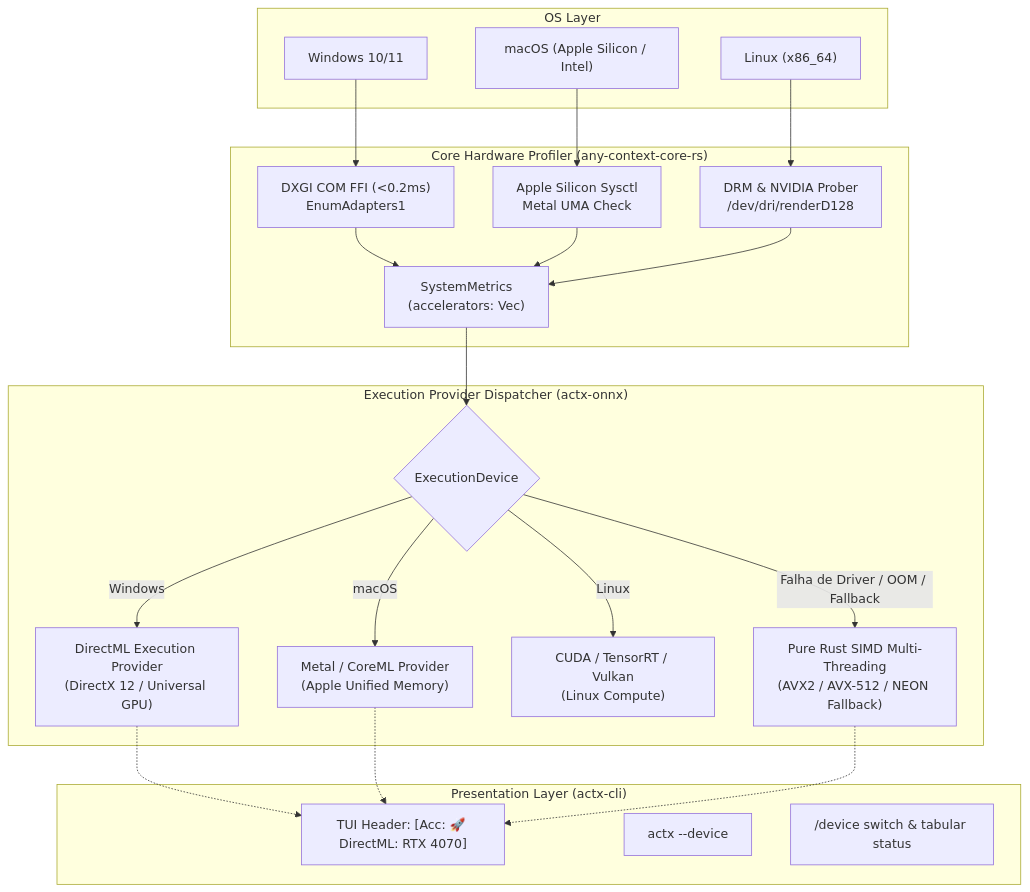
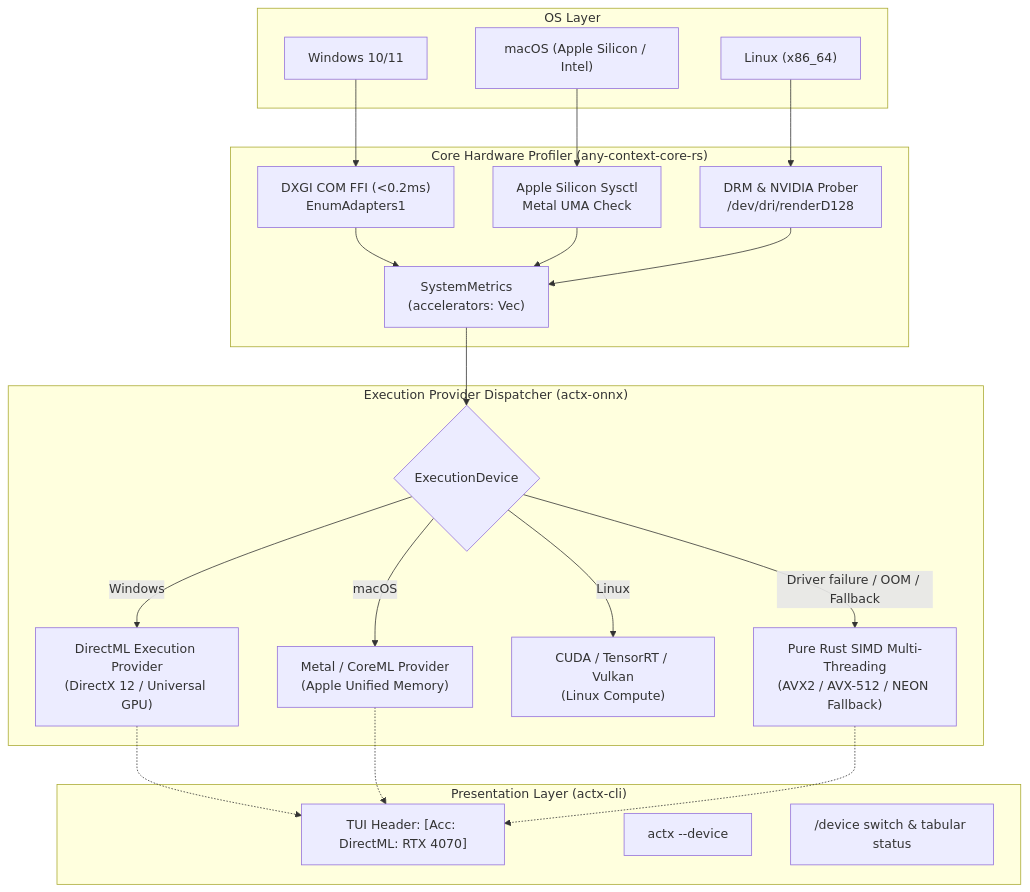
One commit to Levix-Digital/any-context changed the diagram in docs/adr/0127-cross-platform-hardware-acceleration-matrix.md. Above: the diagram before and after it, drawn with Mermaid. The commit also changed other lines of this file and 23 other files, not shown here.

````diff
--- a/docs/adr/0127-cross-platform-hardware-acceleration-matrix.md
+++ b/docs/adr/0127-cross-platform-hardware-acceleration-matrix.md
@@ -48,43 +47,43 @@
 ```mermaid
 graph TD
     subgraph "OS Layer"
         WIN["Windows 10/11"]
         MAC["macOS (Apple Silicon / Intel)"]
         LNX["Linux (x86_64)"]
     end
 
     subgraph "Core Hardware Profiler (any-context-core-rs)"
         DXGI["DXGI COM FFI (<0.2ms)<br/>EnumAdapters1"]
         MAC_DET["Apple Silicon Sysctl<br/>Metal UMA Check"]
         LNX_DET["DRM & NVIDIA Prober<br/>/dev/dri/renderD128"]
         METRICS["SystemMetrics<br/>(accelerators: Vec<GpuDevice>)"]
     end
 
     WIN --> DXGI --> METRICS
     MAC --> MAC_DET --> METRICS
     LNX --> LNX_DET --> METRICS
 
     subgraph "Execution Provider Dispatcher (actx-onnx)"
         DEV_SEL{"ExecutionDevice"}
         DML_EP["DirectML Execution Provider<br/>(DirectX 12 / Universal GPU)"]
         METAL_EP["Metal / CoreML Provider<br/>(Apple Unified Memory)"]
         CUDA_EP["CUDA / TensorRT / Vulkan<br/>(Linux Compute)"]
         CPU_FALLBACK["Pure Rust SIMD Multi-Threading<br/>(AVX2 / AVX-512 / NEON Fallback)"]
     end
 
     METRICS --> DEV_SEL
     DEV_SEL -->|Windows| DML_EP
     DEV_SEL -->|macOS| METAL_EP
     DEV_SEL -->|Linux| CUDA_EP
-    DEV_SEL -->|Falha de Driver / OOM / Fallback| CPU_FALLBACK
+    DEV_SEL -->|Driver failure / OOM / Fallback| CPU_FALLBACK
 
     subgraph "Presentation Layer (actx-cli)"
-        TUI_HEADER["TUI Header: [Acc: 🚀 DirectML: RTX 4070]"]
+        TUI_HEADER["TUI Header: [Acc: DirectML: RTX 4070]"]
         CLI_FLAG["actx --device <dml|metal|cuda|cpu>"]
         SLASH_CMD["/device switch & tabular status"]
     end
 
     DML_EP -.-> TUI_HEADER
     METAL_EP -.-> TUI_HEADER
     CPU_FALLBACK -.-> TUI_HEADER
 ```
````
